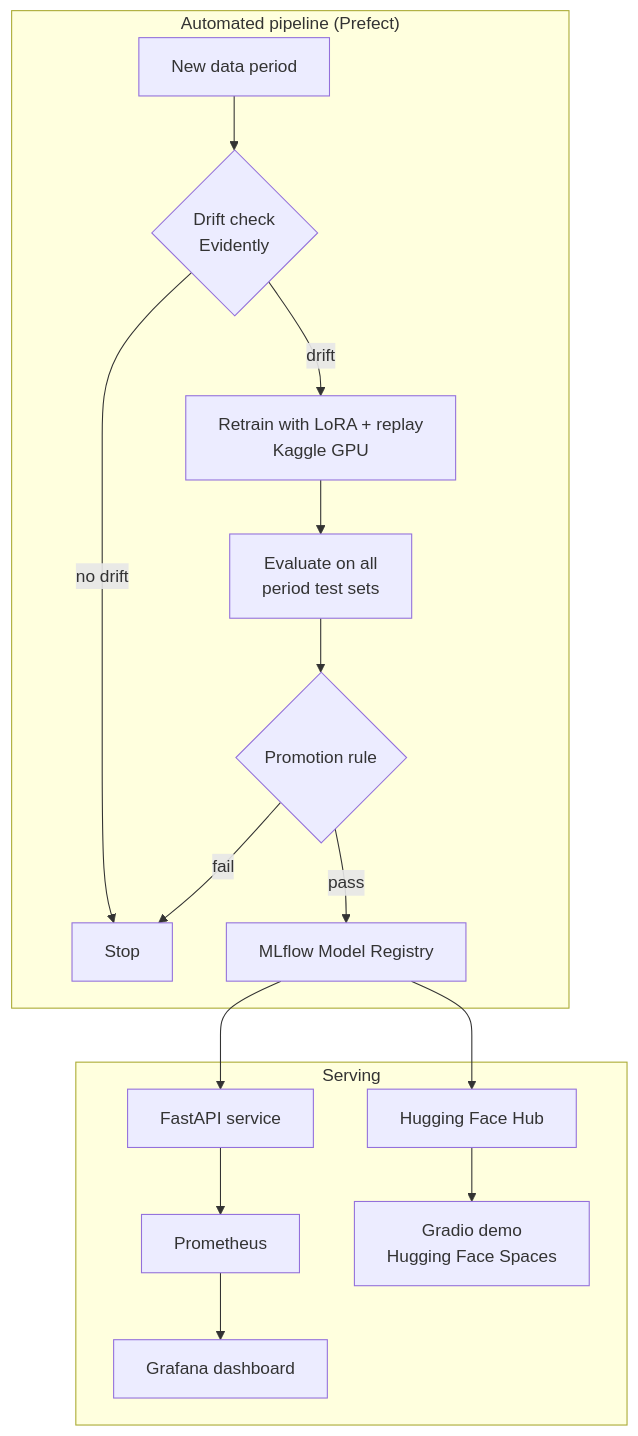
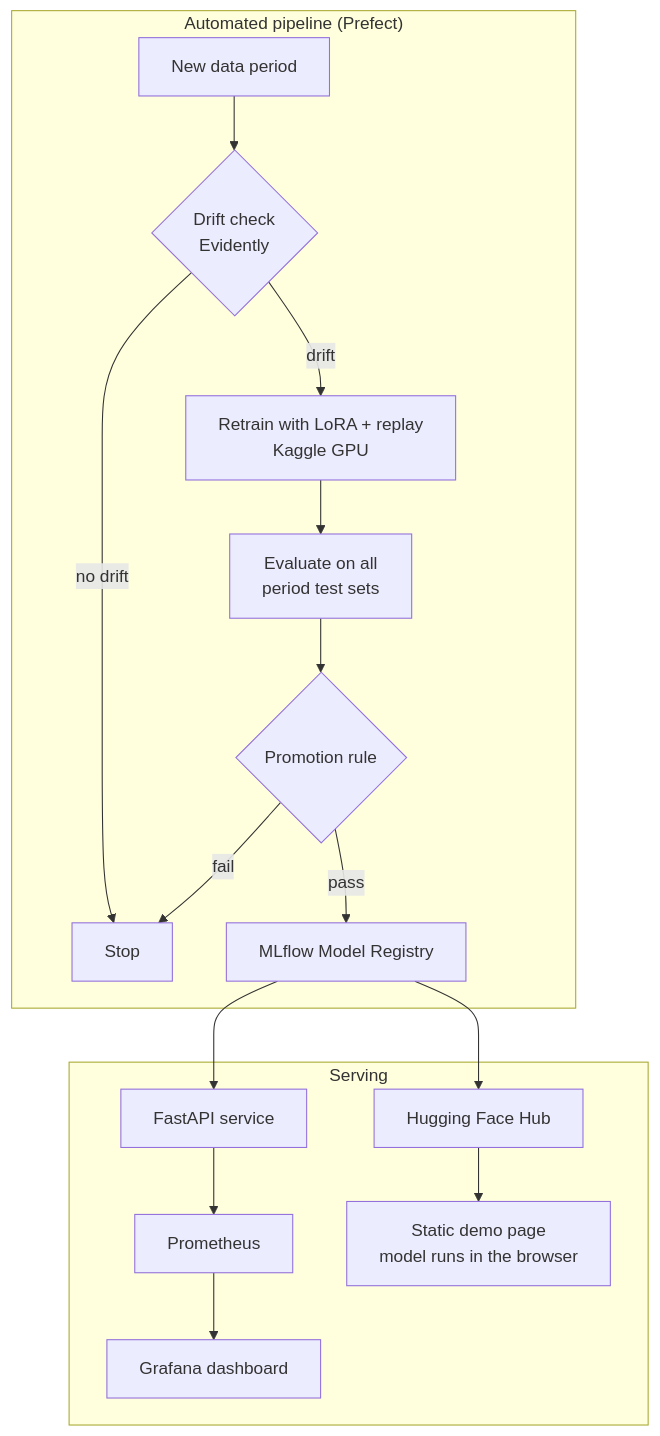
Before and after one commit to Akmal76/slangguard: the diagram in docs/design.md, drawn with Mermaid. The commit also changed other lines of this file and 3 other files, not shown here.

Commit message:
docs: describe the monitoring and the browser demo, and update the readme

````diff
--- a/docs/design.md
+++ b/docs/design.md
@@ -36,20 +36,20 @@
 ```mermaid
 flowchart TD
     subgraph Pipeline["Automated pipeline (Prefect)"]
         A[New data period] --> B{Drift check<br/>Evidently}
         B -- no drift --> Z[Stop]
         B -- drift --> C[Retrain with LoRA + replay<br/>Kaggle GPU]
         C --> D[Evaluate on all<br/>period test sets]
         D --> E{Promotion rule}
         E -- fail --> Z
         E -- pass --> F[MLflow Model Registry]
     end
 
     subgraph Serving
         F --> G[FastAPI service]
         G --> H[Prometheus]
         H --> I[Grafana dashboard]
         F --> J[Hugging Face Hub]
-        J --> K[Gradio demo<br/>Hugging Face Spaces]
+        J --> K[Static demo page<br/>model runs in the browser]
     end
 ```
````
